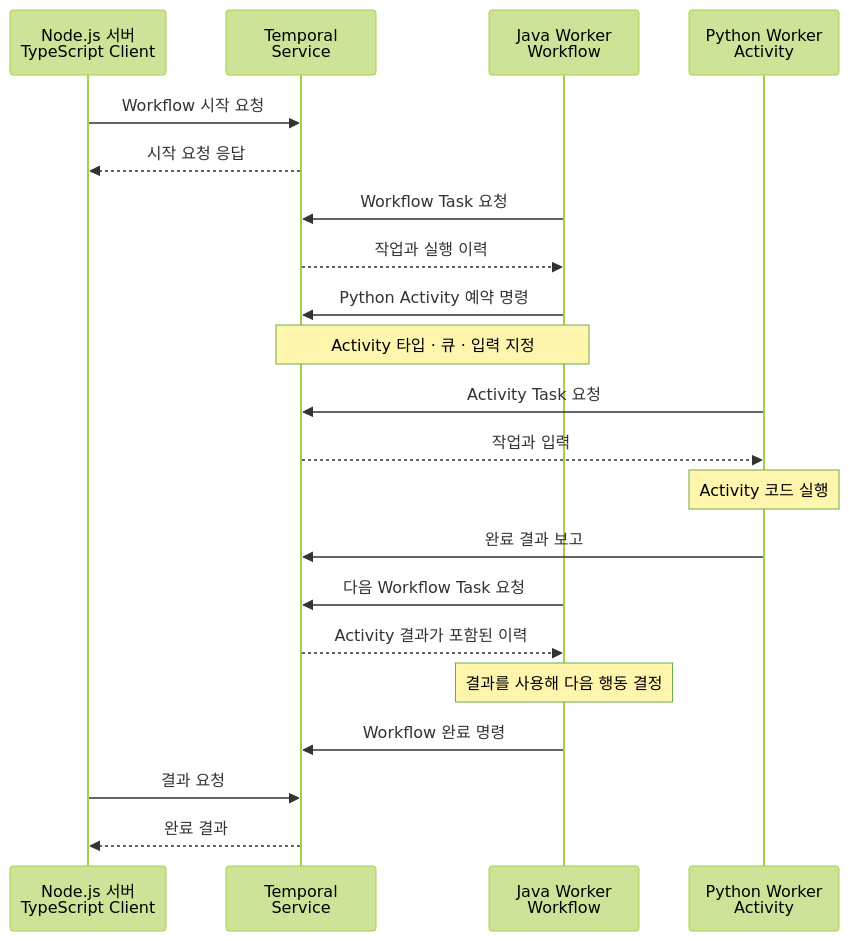
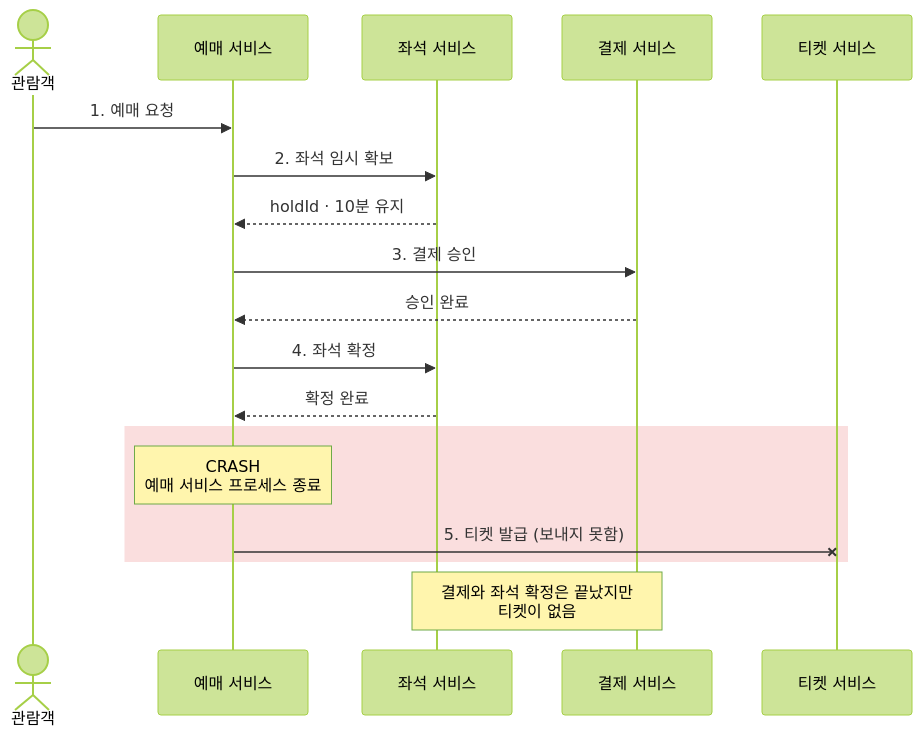
One commit to hanumoka/hanumoka.github.io changed the fourth of 5 diagrams in src/content/posts/ko/temporal-01-overview/index.md. Above: the diagram before and after it, drawn with Mermaid (forest theme). The commit also changed other lines of this file and 42 other files, not shown here.

````diff
--- a/src/content/posts/ko/temporal-01-overview/index.md
+++ b/src/content/posts/ko/temporal-01-overview/index.md
@@ -200,25 +136,22 @@
 ```mermaid
 sequenceDiagram
-    accTitle: Node.js, Java, Python의 Temporal 연동
-    accDescr: Node.js가 시작하고 Java가 Workflow를 실행한다. Python이 별도 큐의 Activity를 실행하면 Java가 기록된 결과로 진행한다.
-    participant N as Node.js 서버<br/>TypeScript Client
-    participant S as Temporal<br/>Service
-    participant J as Java Worker<br/>Workflow
-    participant P as Python Worker<br/>Activity
-    N->>S: Workflow 시작 요청
-    S-->>N: 시작 요청 응답
-    J->>S: Workflow Task 요청
-    S-->>J: 작업과 실행 이력
-    J->>S: Python Activity 예약 명령
-    Note over J,S: Activity 타입 · 큐 · 입력 지정
-    P->>S: Activity Task 요청
-    S-->>P: 작업과 입력
-    Note over P: Activity 코드 실행
-    P->>S: 완료 결과 보고
-    J->>S: 다음 Workflow Task 요청
-    S-->>J: Activity 결과가 포함된 이력
-    Note over J: 결과를 사용해 다음 행동 결정
-    J->>S: Workflow 완료 명령
-    N->>S: 결과 요청
-    S-->>N: 완료 결과
+    accTitle: 멈춘 지점 3 — 좌석 확정 뒤 티켓 발급 요청 전에 예매 서비스가 종료된다
+    accDescr: 예매 서비스가 좌석 임시 확보, 결제 승인, 좌석 확정까지 마친 뒤 프로세스가 종료된다. 티켓 발급 요청은 보내지 못한다. 결제와 좌석 확정은 끝났지만 티켓이 없다.
+    actor U as 관람객
+    participant B as 예매 서비스
+    participant S as 좌석 서비스
+    participant P as 결제 서비스
+    participant T as 티켓 서비스
+    U->>B: 1. 예매 요청
+    B->>S: 2. 좌석 임시 확보
+    S-->>B: holdId · 10분 유지
+    B->>P: 3. 결제 승인
+    P-->>B: 승인 완료
+    B->>S: 4. 좌석 확정
+    S-->>B: 확정 완료
+    rect rgba(220, 38, 38, 0.15)
+    Note over B: CRASH<br/>예매 서비스 프로세스 종료
+    B-xT: 5. 티켓 발급 (보내지 못함)
+    end
+    Note over S,P: 결제와 좌석 확정은 끝났지만<br/>티켓이 없음
 ```
````
